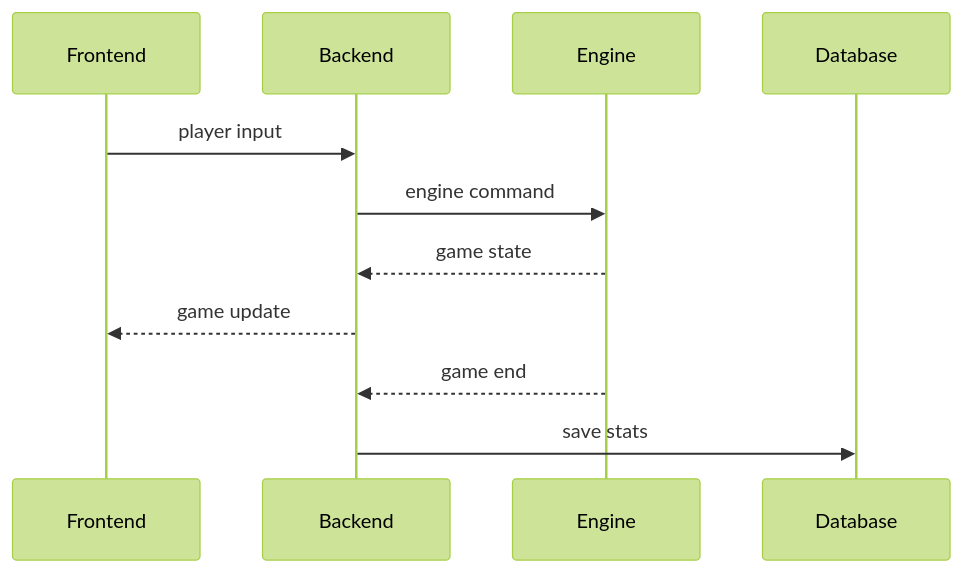
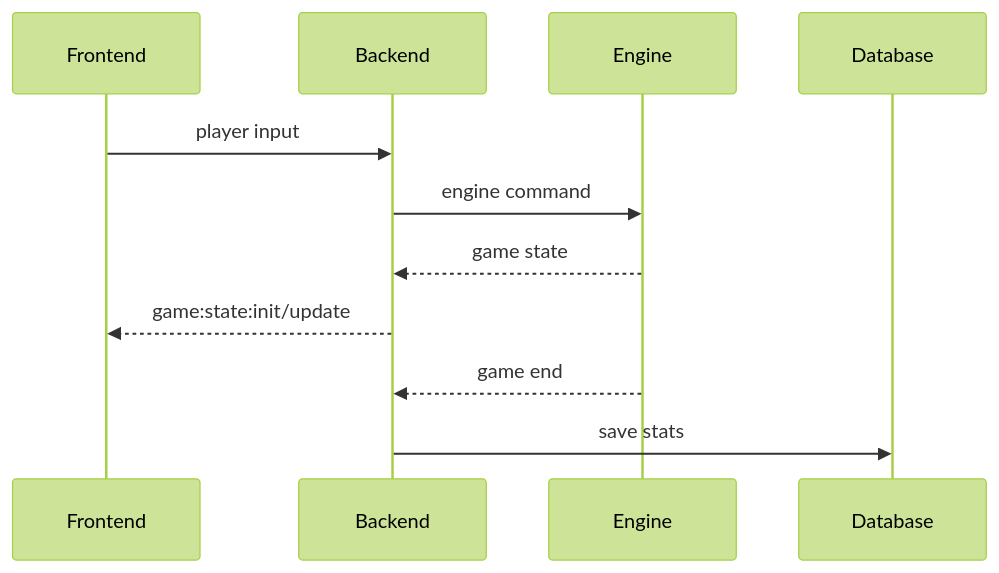
The diagram in docs/modules/gameplay-game-engine.md (Nanborg/ft_transcendence), drawn with Mermaid (forest theme) before and after one commit. The commit also changed other lines of this file and 8 other files, not shown here.

````diff
--- a/docs/modules/gameplay-game-engine.md
+++ b/docs/modules/gameplay-game-engine.md
@@ -38,13 +38,13 @@
 ```mermaid
 sequenceDiagram
   participant Frontend
   participant Backend
   participant Engine
   participant Database
   Frontend->>Backend: player input
   Backend->>Engine: engine command
   Engine-->>Backend: game state
-  Backend-->>Frontend: game update
+  Backend-->>Frontend: game:state:init/update
   Engine-->>Backend: game end
   Backend->>Database: save stats
 ```
````
